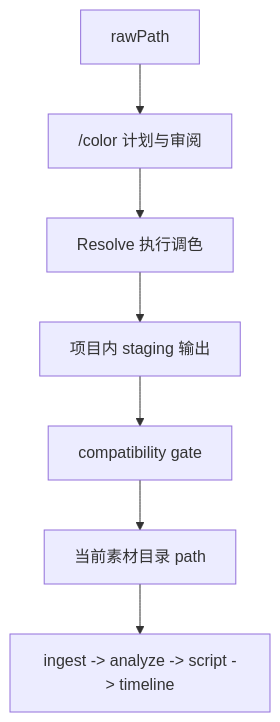
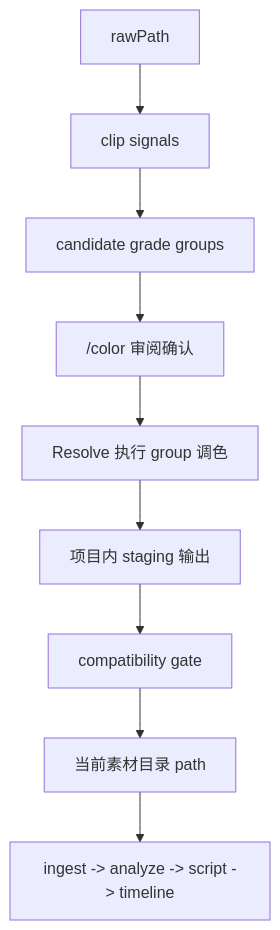
The diagram in designs/archive/2026-04-17--davinci-color-independent-workflow-v1.md (dtysky/Kairos), drawn with Mermaid before and after one commit. The commit also changed other lines of this file, not shown here.

````diff
--- a/designs/archive/2026-04-17--davinci-color-independent-workflow-v1.md
+++ b/designs/archive/2026-04-17--davinci-color-independent-workflow-v1.md
@@ -147,17 +205,21 @@
 ```mermaid
 flowchart TD
   raw["rawPath"]
-  plan["/color 计划与审阅"]
-  resolve["Resolve 执行调色"]
+  signals["clip signals"]
+  groups["candidate grade groups"]
+  review["/color 审阅确认"]
+  resolve["Resolve 执行 group 调色"]
   staging["项目内 staging 输出"]
   gate["compatibility gate"]
   current["当前素材目录 path"]
   main["ingest -> analyze -> script -> timeline"]
 
-  raw --> plan
-  plan --> resolve
+  raw --> signals
+  signals --> groups
+  groups --> review
+  review --> resolve
   resolve --> staging
   staging --> gate
   gate --> current
   current --> main
 ```
````
